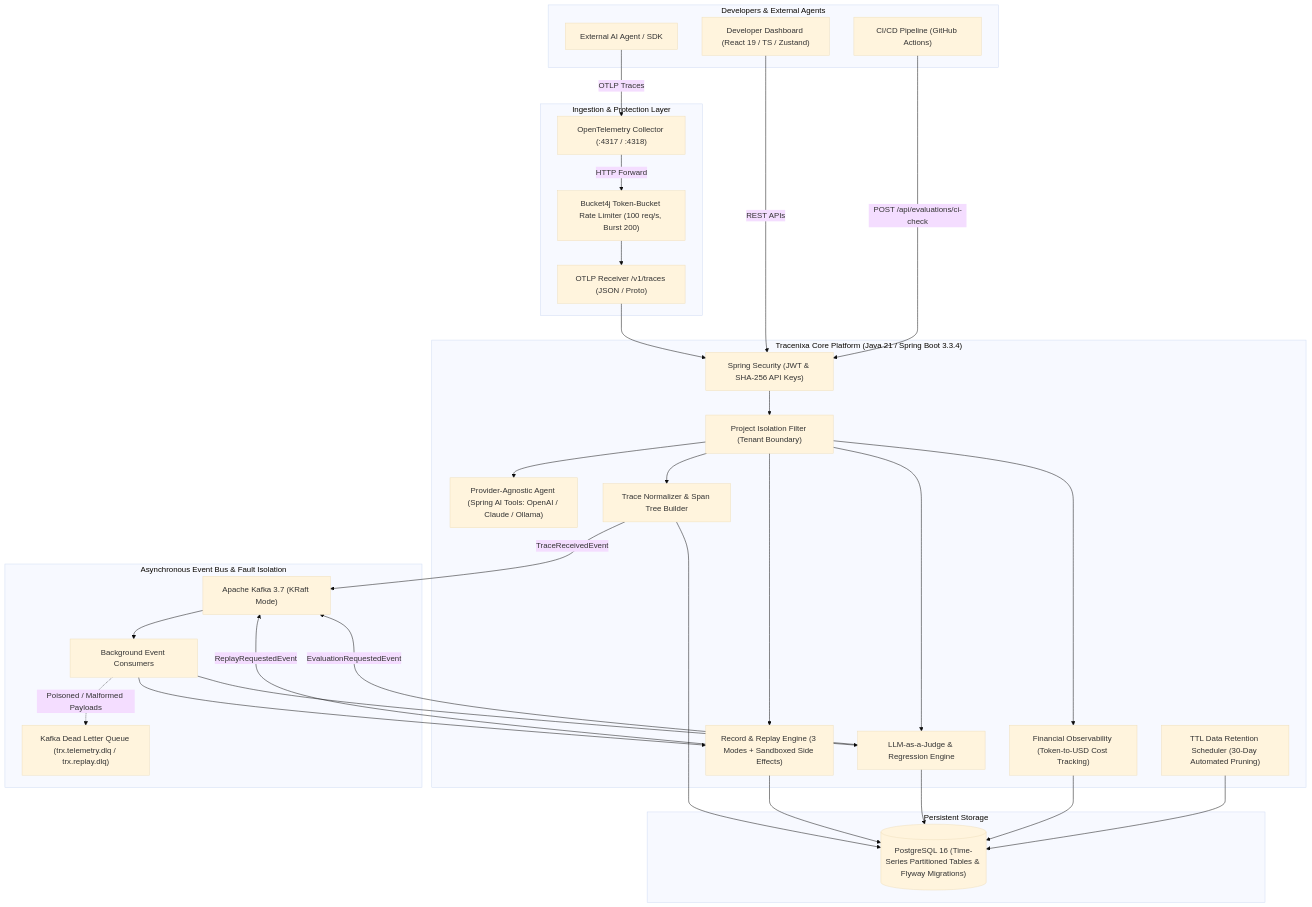
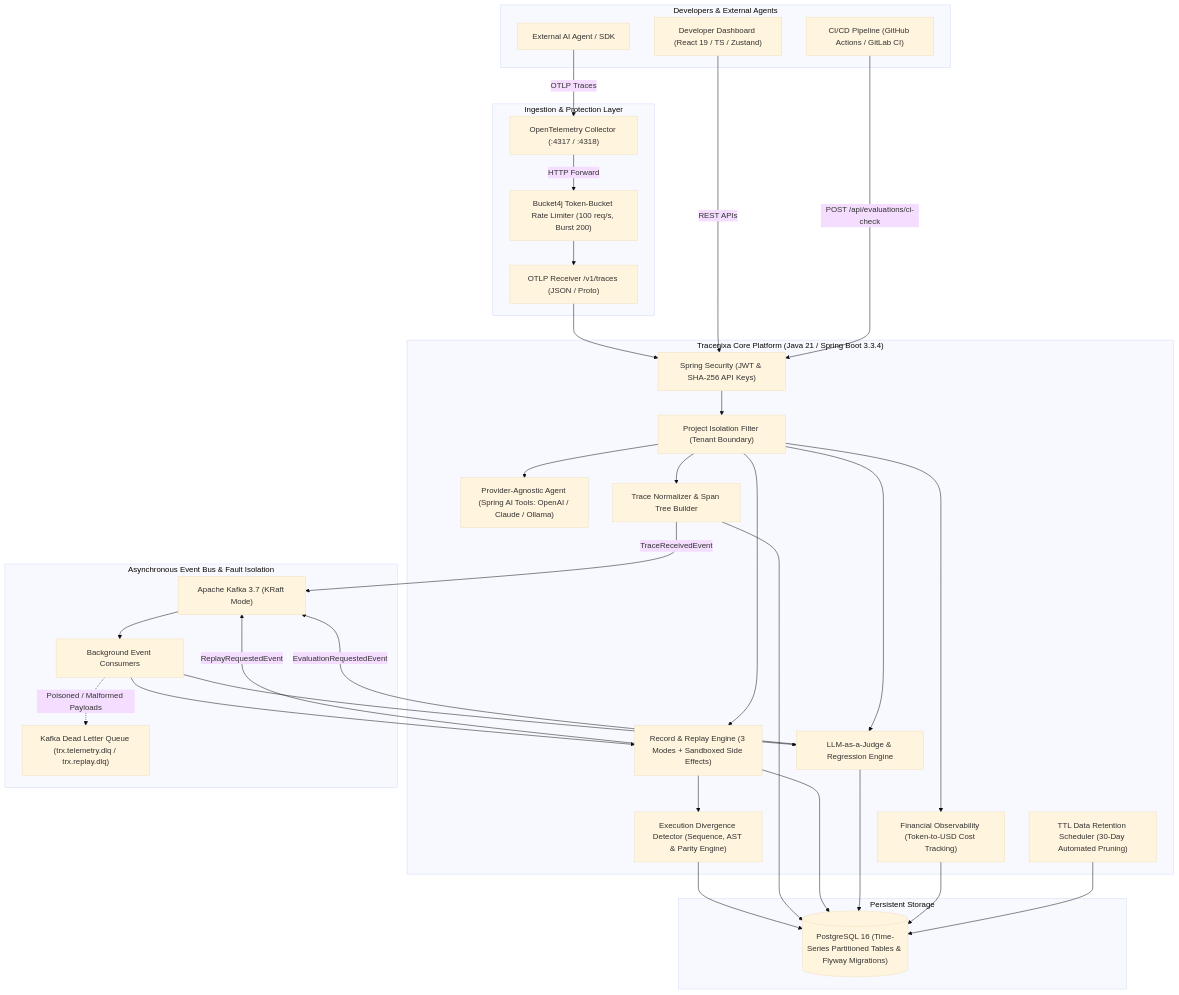
The diagram in README.md (Doves788/Tracenixa), drawn with Mermaid (base theme) before and after one commit. The commit also changed other lines of this file and 8 other files, not shown here.

Commit message:
feat(signature): implement Execution Divergence Detection engine, turnkey CI evaluation scripts, and UI divergence scorecards

````diff
--- a/README.md
+++ b/README.md
@@ -22,64 +22,67 @@
 ```mermaid
 flowchart TD
     subgraph Clients["Developers & External Agents"]
         AgentClient["External AI Agent / SDK"]
         BrowserUI["Developer Dashboard (React 19 / TS / Zustand)"]
-        CIPipeline["CI/CD Pipeline (GitHub Actions)"]
+        CIPipeline["CI/CD Pipeline (GitHub Actions / GitLab CI)"]
     end
 
     subgraph Ingestion["Ingestion & Protection Layer"]
         OtelCol["OpenTelemetry Collector (:4317 / :4318)"]
         RateLimiter["Bucket4j Token-Bucket Rate Limiter (100 req/s, Burst 200)"]
         OTLPEndpoint["OTLP Receiver /v1/traces (JSON / Proto)"]
     end
 
     subgraph Backend["Tracenixa Core Platform (Java 21 / Spring Boot 3.3.4)"]
         Security["Spring Security (JWT & SHA-256 API Keys)"]
         IsolationFilter["Project Isolation Filter (Tenant Boundary)"]
         AgentWorkflow["Provider-Agnostic Agent (Spring AI Tools: OpenAI / Claude / Ollama)"]
         TraceEngine["Trace Normalizer & Span Tree Builder"]
         ReplayEngine["Record & Replay Engine (3 Modes + Sandboxed Side Effects)"]
+        DivergenceEngine["Execution Divergence Detector (Sequence, AST & Parity Engine)"]
         EvalEngine["LLM-as-a-Judge & Regression Engine"]
         AnalyticsEngine["Financial Observability (Token-to-USD Cost Tracking)"]
         RetentionWorker["TTL Data Retention Scheduler (30-Day Automated Pruning)"]
     end
 
     subgraph AsyncBus["Asynchronous Event Bus & Fault Isolation"]
         Kafka["Apache Kafka 3.7 (KRaft Mode)"]
         Worker["Background Event Consumers"]
         DLQ["Kafka Dead Letter Queue (trx.telemetry.dlq / trx.replay.dlq)"]
     end
 
     subgraph Storage["Persistent Storage"]
         Postgres[("PostgreSQL 16 (Time-Series Partitioned Tables & Flyway Migrations)")]
     end
 
     AgentClient -->|OTLP Traces| OtelCol
     OtelCol -->|HTTP Forward| RateLimiter
     RateLimiter --> OTLPEndpoint
     OTLPEndpoint --> Security
     BrowserUI -->|REST APIs| Security
     CIPipeline -->|POST /api/evaluations/ci-check| Security
 
     Security --> IsolationFilter
     IsolationFilter --> TraceEngine
     IsolationFilter --> AgentWorkflow
     IsolationFilter --> ReplayEngine
     IsolationFilter --> EvalEngine
     IsolationFilter --> AnalyticsEngine
 
     TraceEngine -->|TraceReceivedEvent| Kafka
     ReplayEngine -->|ReplayRequestedEvent| Kafka
     EvalEngine -->|EvaluationRequestedEvent| Kafka
 
     Kafka --> Worker
     Worker --> ReplayEngine
     Worker --> EvalEngine
     Worker -.->|Poisoned / Malformed Payloads| DLQ
 
+    ReplayEngine --> DivergenceEngine
+    DivergenceEngine --> Postgres
     TraceEngine --> Postgres
     ReplayEngine --> Postgres
     EvalEngine --> Postgres
     AnalyticsEngine --> Postgres
     RetentionWorker --> Postgres
 ```
````
